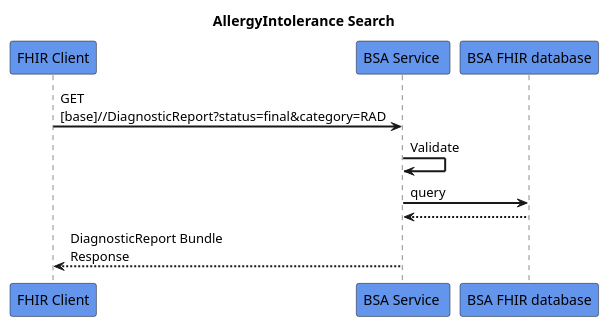
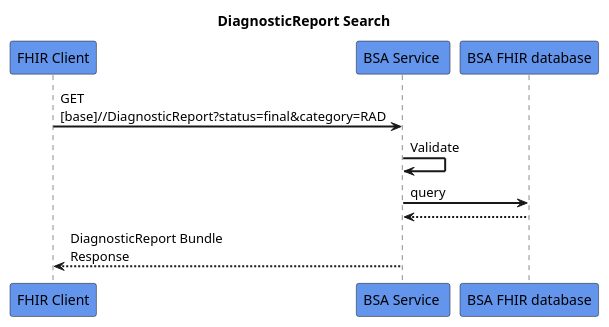
The diagram in input/images-source/search-DiagnosticReport2.plantuml (tewhatuora/bsa), drawn with PlantUML before and after one commit. The commit also changed 4 other files, not shown here.

```diff
--- a/input/images-source/search-DiagnosticReport2.plantuml
+++ b/input/images-source/search-DiagnosticReport2.plantuml
@@ -1,18 +1,18 @@
 @startuml
 skinparam sequenceArrowThickness 2
 skinparam roundcorner 5
 skinparam maxmessagesize 180
 skinparam sequenceParticipant bold
-title  AllergyIntolerance Search
+title  DiagnosticReport Search
 participant "FHIR Client" as A #CornflowerBlue
 participant "BSA Service " as B #CornflowerBlue
 participant "BSA FHIR database" as C #CornflowerBlue
 
 A -> B: GET [base]//DiagnosticReport?status=final&category=RAD
 B -> B: Validate
 B -> C: query
 C -[dashed]-> B:
 
 B -[dashed]-> A: DiagnosticReport Bundle Response 
 
 @enduml
```
